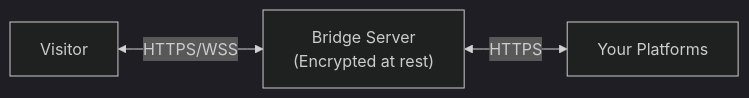
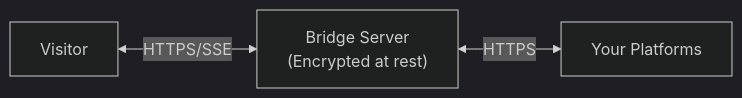
Before and after one commit to Ruwad-io/pocketping: the tenth of 10 diagrams in docs-site/docs/concepts.md, drawn with Mermaid (dark theme). The commit also changed other lines of this file and 26 other files, not shown here.

````diff
--- a/docs-site/docs/concepts.md
+++ b/docs-site/docs/concepts.md
@@ -347,9 +347,9 @@
 ```mermaid
 flowchart LR
     visitor["Visitor"]
     bridge["Bridge Server<br/>(Encrypted at rest)"]
     platforms["Your Platforms"]
 
-    visitor <-->|HTTPS/WSS| bridge
+    visitor <-->|HTTPS/SSE| bridge
     bridge <-->|HTTPS| platforms
 ```
````
